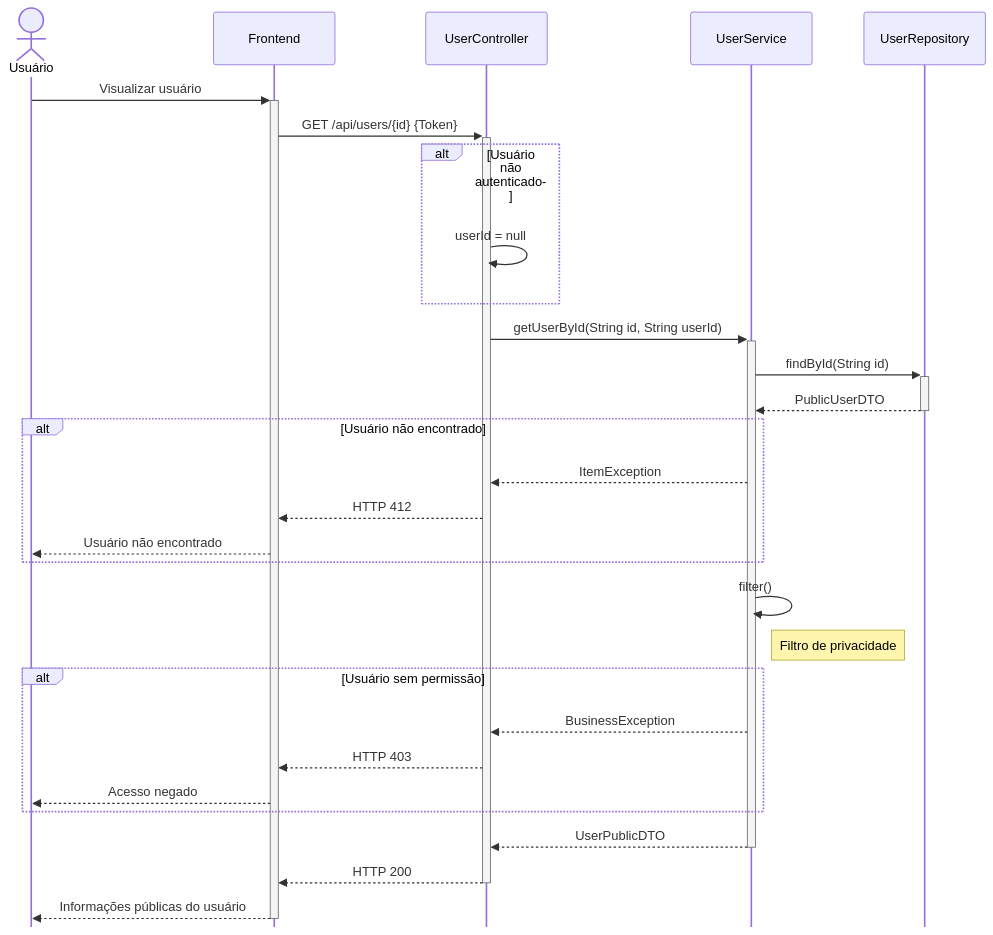
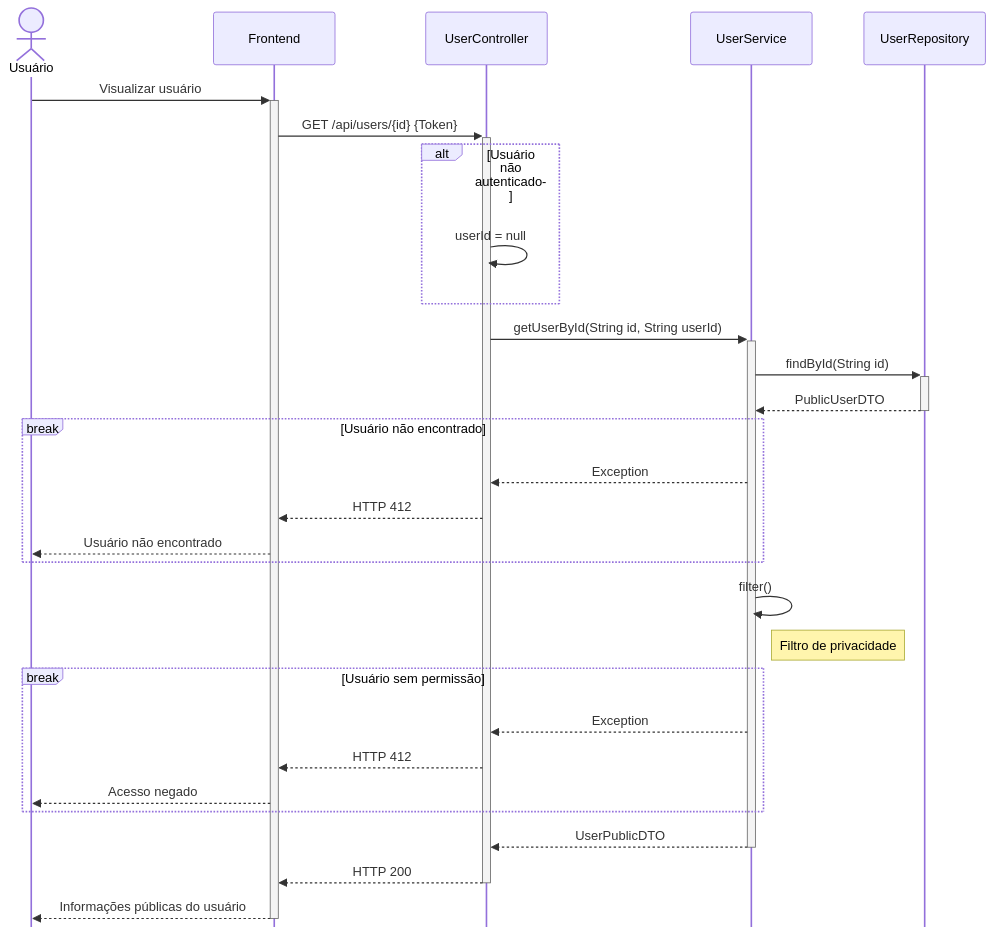
Before and after one commit to feliquisds/cooker-api: the diagram in docs/Diagramas de Sequência/01 Visualizar usuário.mmd, drawn with Mermaid. The commit also changed 16 other files, not shown here.

```diff
--- a/docs/Diagramas de Sequência/01 Visualizar usuário.mmd
+++ b/docs/Diagramas de Sequência/01 Visualizar usuário.mmd
@@ -1,44 +1,44 @@
 ---
 config:
     mirrorActors: false
 ---
 
 sequenceDiagram
     actor U as Usuário
     participant F as Frontend
     participant C as UserController
     participant S as UserService
     participant R as UserRepository
 
     U->>+F: Visualizar usuário
     F->>+C: GET /api/users/{id} {Token}
 
     alt Usuário não autenticado
         C->>C: userId = null
     end
 
     C->>+S: getUserById(String id, String userId)
     S->>+R: findById(String id)
     R-->>-S: PublicUserDTO
 
-    alt Usuário não encontrado
-        S-->>C: ItemException
+    break Usuário não encontrado
+        S-->>C: Exception
         C-->>F: HTTP 412
         F-->>U: Usuário não encontrado
     end
 
     S->>S: filter()
     Note right of S: Filtro de privacidade
     %% Somente visível caso:
     %% - O usuário é o próprio dono do perfil
     %% - O usuário é público
 
-    alt Usuário sem permissão
-        S-->>C: BusinessException
-        C-->>F: HTTP 403
+    break Usuário sem permissão
+        S-->>C: Exception
+        C-->>F: HTTP 412
         F-->>U: Acesso negado
     end
 
     S-->>-C: UserPublicDTO
     C-->>-F: HTTP 200
     F-->>-U: Informações públicas do usuário
```
